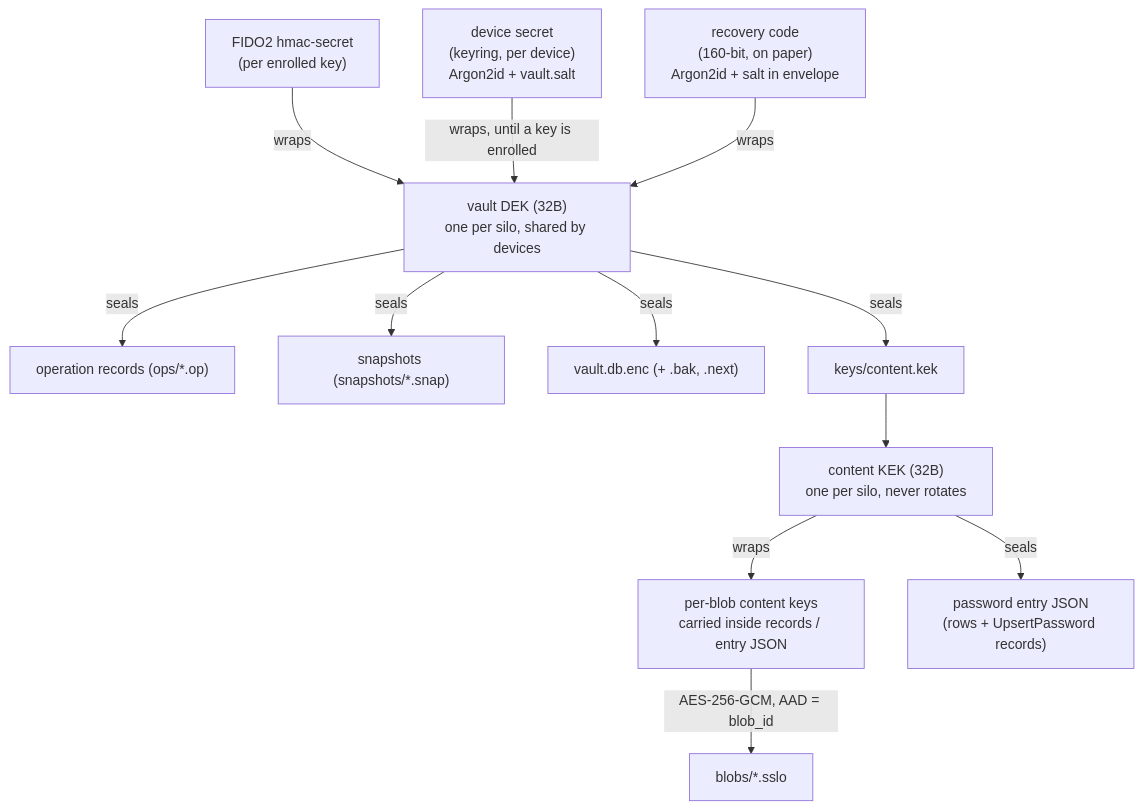
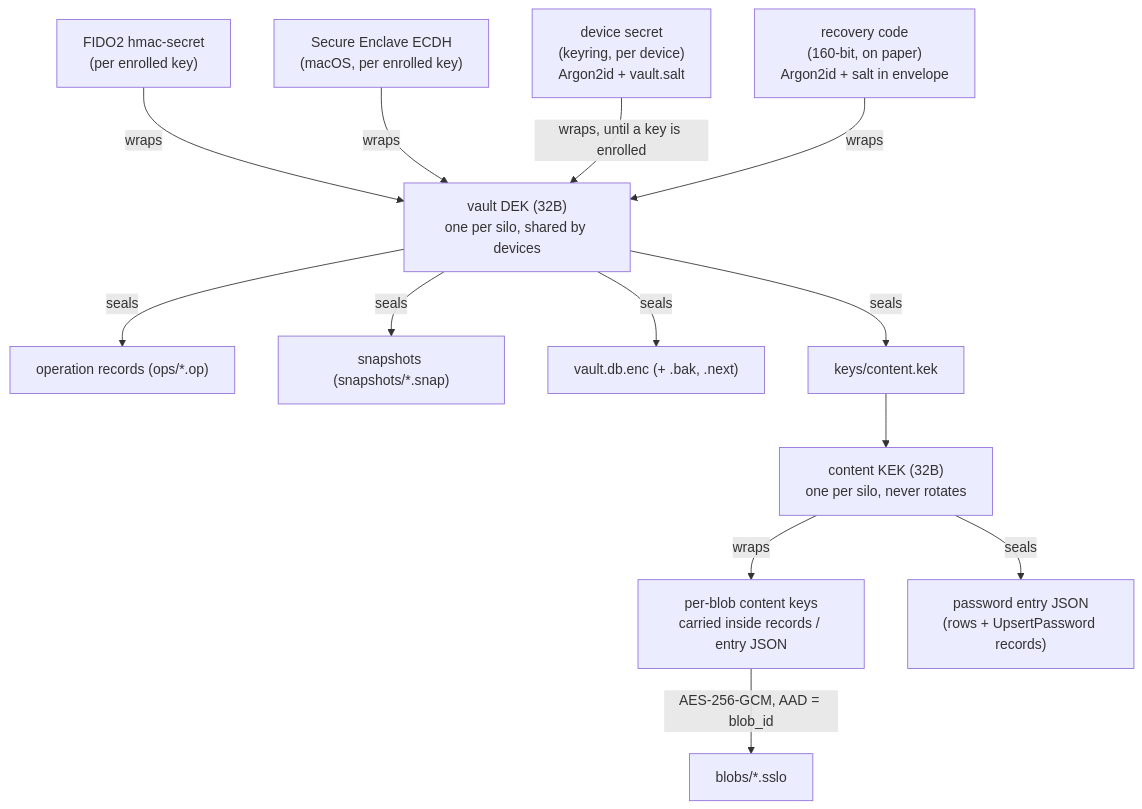
The second of 4 diagrams in docs/ARCHITECTURE.md (silentsilo/core), drawn with Mermaid before and after one commit. The commit also changed other lines of this file and 8 other files, not shown here.

````diff
--- a/docs/ARCHITECTURE.md
+++ b/docs/ARCHITECTURE.md
@@ -76,15 +76,16 @@
 ```mermaid
 flowchart TD
     FIDO2["FIDO2 hmac-secret<br/>(per enrolled key)"] -->|"wraps"| DEK
+    SE["Secure Enclave ECDH<br/>(macOS, per enrolled key)"] -->|"wraps"| DEK
     DS["device secret<br/>(keyring, per device)<br/>Argon2id + vault.salt"] -->|"wraps, until a key is enrolled"| DEK
     RC["recovery code<br/>(160-bit, on paper)<br/>Argon2id + salt in envelope"] -->|"wraps"| DEK
     DEK["vault DEK (32B)<br/>one per silo, shared by devices"]
     DEK -->|"seals"| OPS["operation records (ops/*.op)"]
     DEK -->|"seals"| SNAP["snapshots (snapshots/*.snap)"]
     DEK -->|"seals"| DB["vault.db.enc (+ .bak, .next)"]
     DEK -->|"seals"| KEKENV["keys/content.kek"]
     KEKENV --> KEK["content KEK (32B)<br/>one per silo, never rotates"]
     KEK -->|"wraps"| CK["per-blob content keys<br/>carried inside records / entry JSON"]
     KEK -->|"seals"| PW["password entry JSON<br/>(rows + UpsertPassword records)"]
     CK -->|"AES-256-GCM, AAD = blob_id"| BLOB["blobs/*.sslo"]
 ```
````
